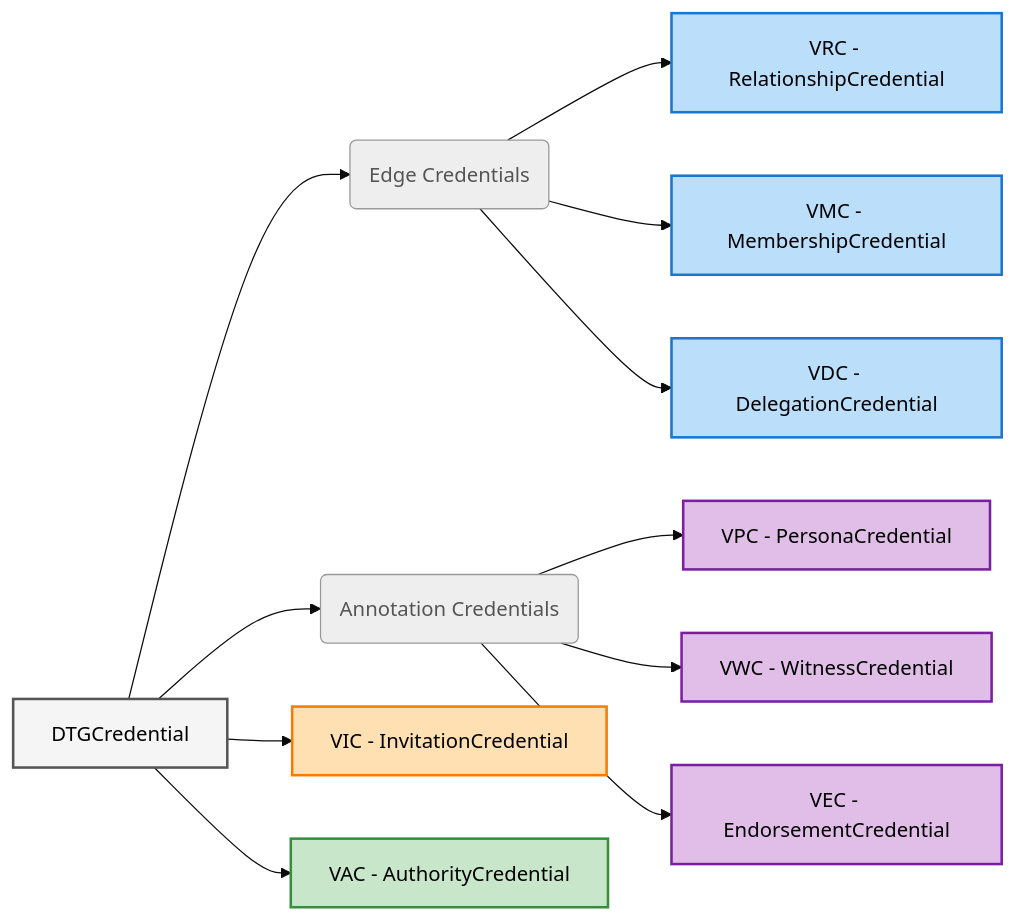
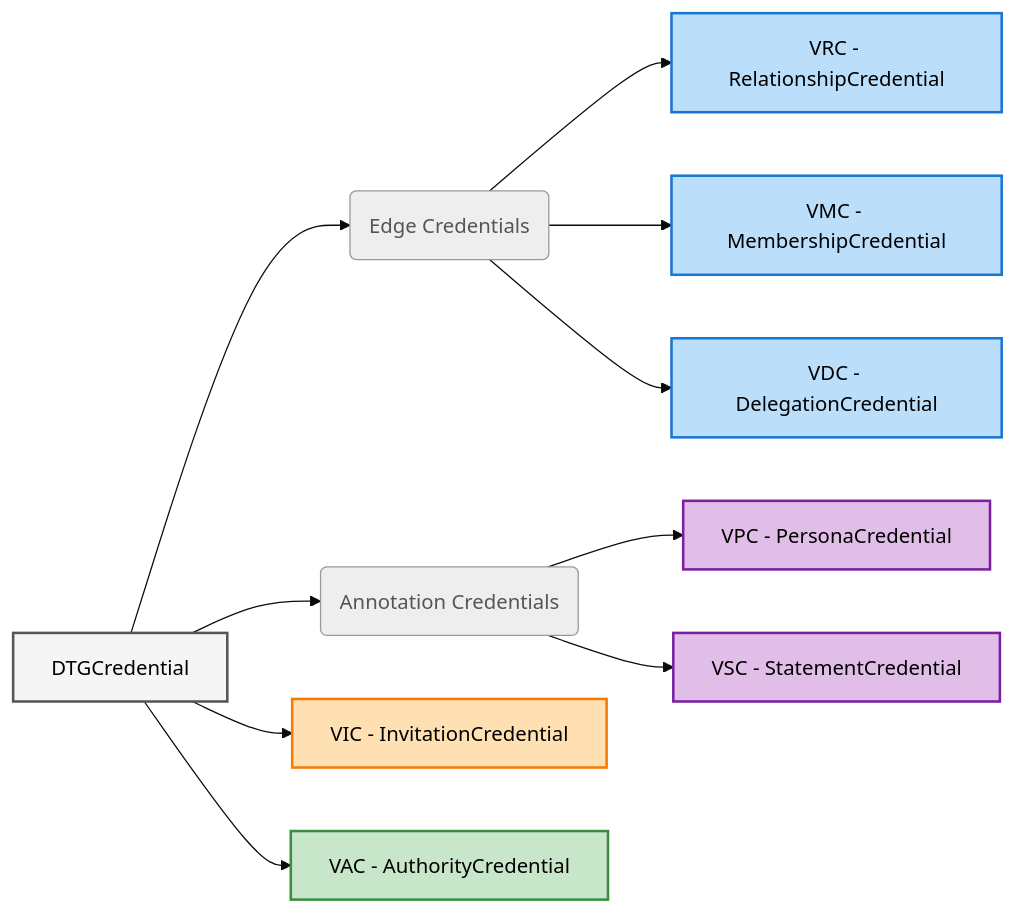
The diagram in spec/body.md (trustoverip/dtgwg-cred-spec), drawn with Mermaid (base theme) before and after one commit. The commit also changed other lines of this file and 7 other files, not shown here.

````diff
--- a/spec/body.md
+++ b/spec/body.md
@@ -7,31 +7,30 @@
 ```mermaid
 graph LR
     DTG[DTGCredential]
 
     DTG --> EC(Edge Credentials)
     DTG --> AC(Annotation Credentials)
 
     EC --> VRC["VRC - RelationshipCredential"]
     EC --> VMC["VMC - MembershipCredential"]
     EC --> VDC["VDC - DelegationCredential"]
     AC --> VPC["VPC - PersonaCredential"]
-    AC --> VWC["VWC - WitnessCredential"]
-    AC --> VEC["VEC - EndorsementCredential"]
+    AC --> VSC["VSC - StatementCredential"]
     DTG --> VIC["VIC - InvitationCredential"]
     DTG --> VAC["VAC - AuthorityCredential"]
 
     classDef parent fill:#f5f5f5,stroke:#555,stroke-width:2px,color:#000
     classDef cat fill:#eeeeee,stroke:#999,stroke-width:1px,color:#555
     classDef edge fill:#bbdefb,stroke:#1976d2,stroke-width:2px,color:#000
     classDef inv fill:#ffe0b2,stroke:#f57c00,stroke-width:2px,color:#000
     classDef ann fill:#e1bee7,stroke:#7b1fa2,stroke-width:2px,color:#000
 
     classDef auth fill:#c8e6c9,stroke:#388e3c,stroke-width:2px,color:#000
 
     class DTG parent
     class EC,AC cat
     class VMC,VRC,VDC edge
     class VIC inv
-    class VPC,VEC,VWC ann
+    class VPC,VSC ann
     class VAC auth
 ```
````
